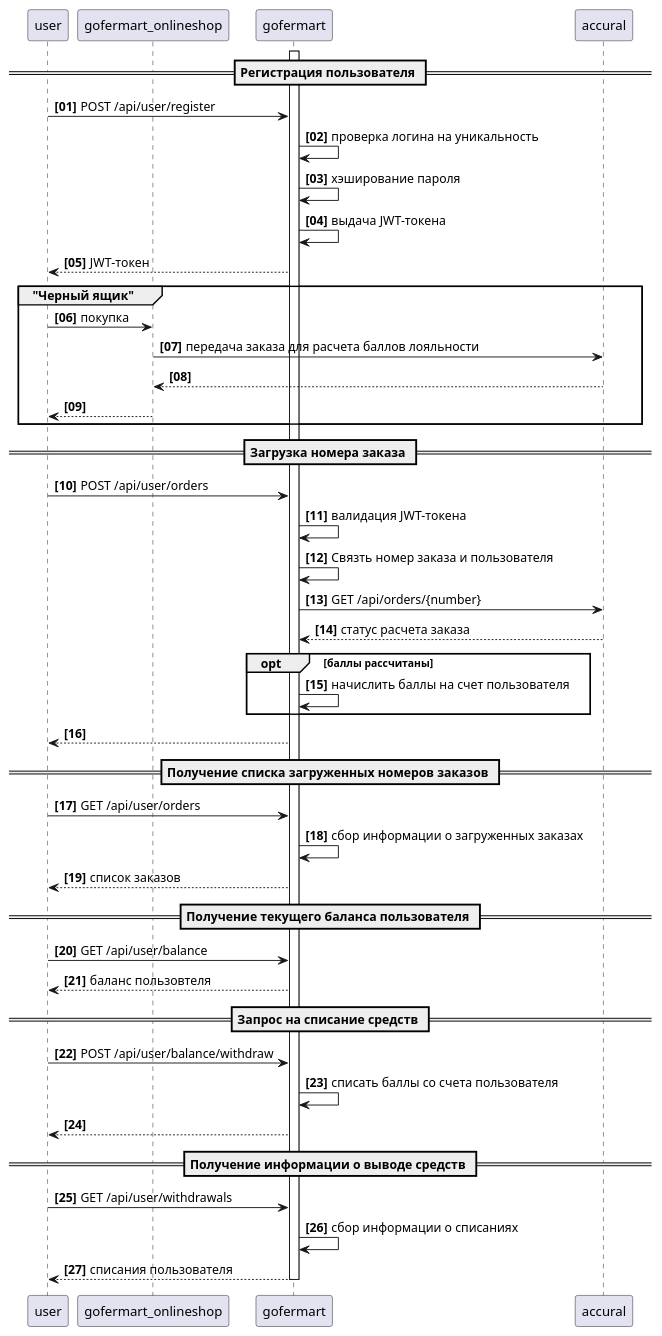
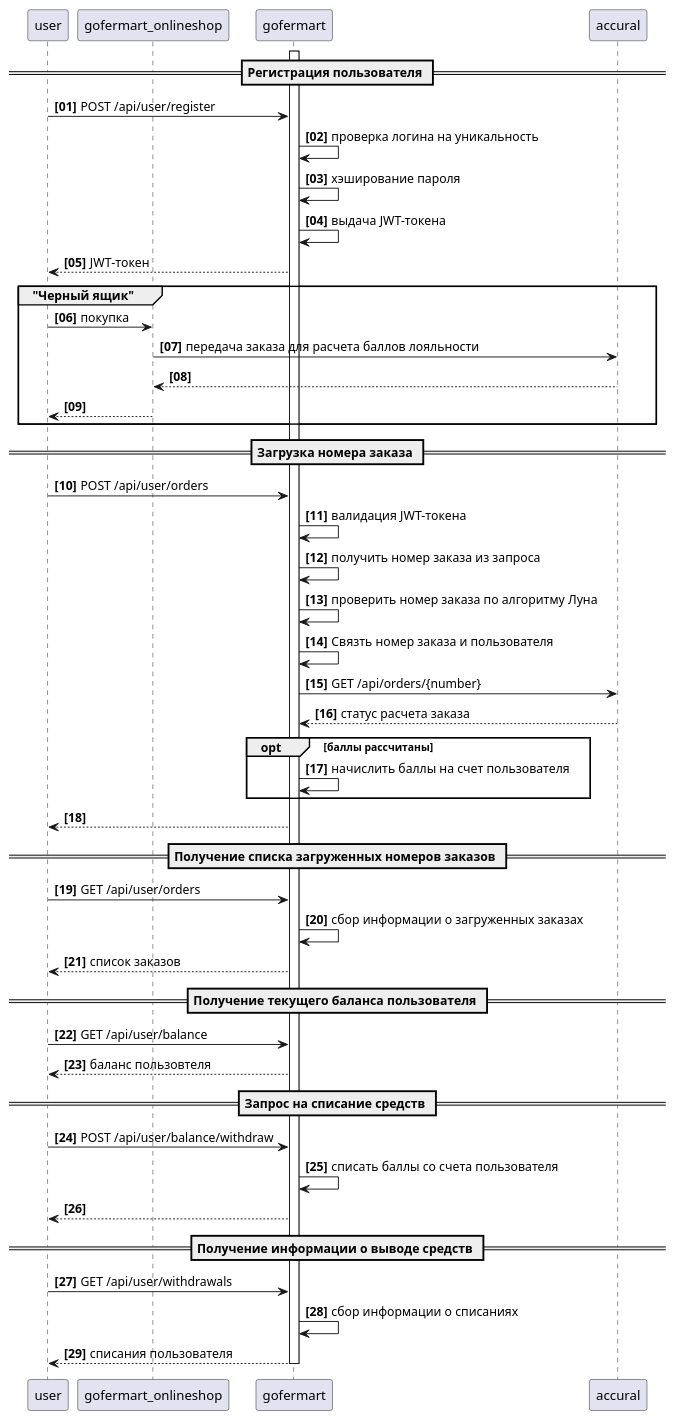
Before and after one commit to onbehalfofhim/gofermart: the diagram in docs/schema.puml, drawn with PlantUML. The commit also changed 13 other files, not shown here.

```diff
--- a/docs/schema.puml
+++ b/docs/schema.puml
@@ -1,56 +1,58 @@
 @startuml
 autonumber "<b>[00]"
 
 participant user as u
 participant gofermart_onlineshop as shop
 participant gofermart as gm
 participant accural as acc
 
 activate gm
 
 == Регистрация пользователя ==
     u->gm: POST /api/user/register
     gm->gm: проверка логина на уникальность
     gm->gm: хэширование пароля
     gm->gm: выдача JWT-токена
     gm-->u: JWT-токен
 
 group "Черный ящик"
     u->shop: покупка
     shop->acc: передача заказа для расчета баллов лояльности
     acc-->shop
     shop-->u
 end group
 
 == Загрузка номера заказа ==
     u->gm: POST /api/user/orders
     gm->gm: валидация JWT-токена
+    gm->gm: получить номер заказа из запроса
+    gm->gm: проверить номер заказа по алгоритму Луна
     gm->gm: Связть номер заказа и пользователя
     gm->acc: GET /api/orders/{number}
     acc-->gm: статус расчета заказа
     opt баллы рассчитаны
         gm->gm: начислить баллы на счет пользователя
     end
     gm-->u:
 == Получение списка загруженных номеров заказов ==
     u->gm: GET /api/user/orders
     gm->gm: сбор информации о загруженных заказах
     gm-->u: список заказов
 
 == Получение текущего баланса пользователя ==
     u->gm: GET /api/user/balance
     gm-->u: баланс пользовтеля
 
 == Запрос на списание средств ==
     u->gm: POST /api/user/balance/withdraw
     gm->gm: списать баллы со счета пользователя
     gm-->u: 
 
 == Получение информации о выводе средств ==
     u->gm: GET /api/user/withdrawals
     gm->gm: сбор информации о списаниях
     gm-->u: списания пользователя
 
 deactivate gm
 
 @enduml
```
